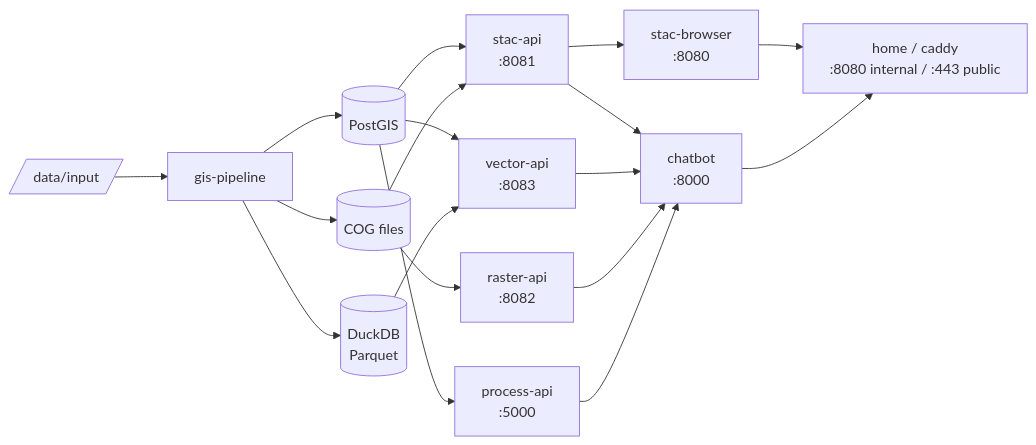
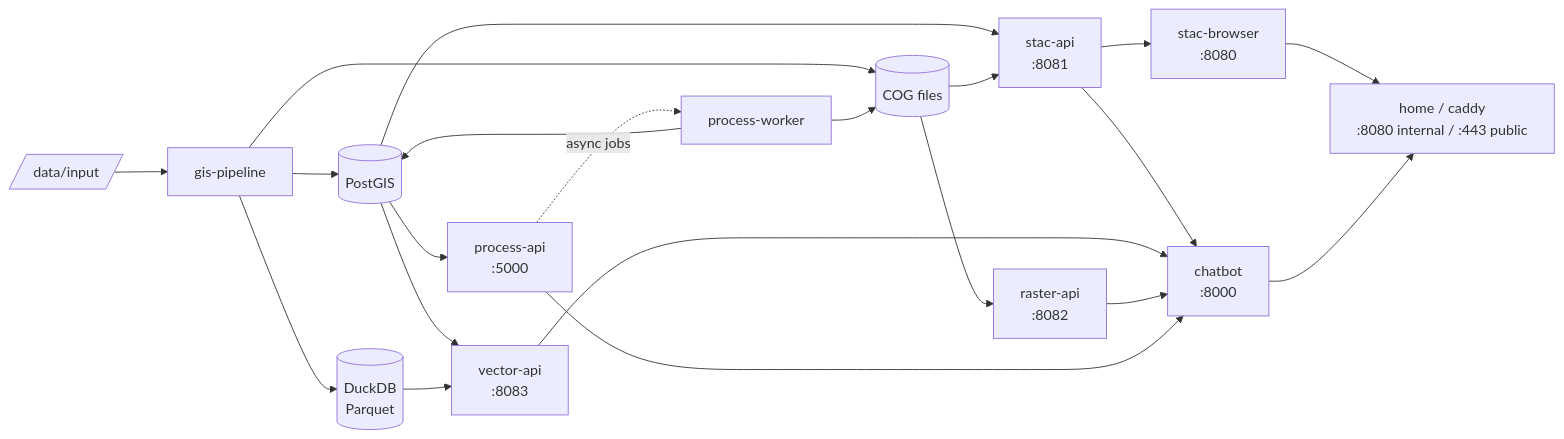
Before and after one commit to jeremie-durand/Agri-SDSS: the diagram in docs/ARCHITECTURE.md, drawn with Mermaid. The commit also changed other lines of this file and 12 other files, not shown here.

Commit message:
feat: add process-worker service that runs async process jobs

````diff
--- a/docs/ARCHITECTURE.md
+++ b/docs/ARCHITECTURE.md
@@ -7,25 +7,28 @@
 ```mermaid
 flowchart LR
     IN[/data/input/] --> GP[gis-pipeline]
 
     GP --> PG[(PostGIS)]
     GP --> COG[(COG files)]
     GP --> DK[(DuckDB\nParquet)]
 
     PG --> STAC[stac-api\n:8081]
     PG --> VEC[vector-api\n:8083]
     COG --> RAST[raster-api\n:8082]
     COG --> STAC
 
     DK --> VEC
     PG --> PYGE[process-api\n:5000]
+    PYGE -. async jobs .-> WRK[process-worker]
+    WRK --> PG
+    WRK --> COG
 
     STAC --> SB[stac-browser\n:8080]
     STAC --> CHAT[chatbot\n:8000]
     VEC --> CHAT
     RAST --> CHAT
     PYGE --> CHAT
 
     SB --> HOME[home / caddy\n:8080 internal / :443 public]
     CHAT --> HOME
 ```
````
